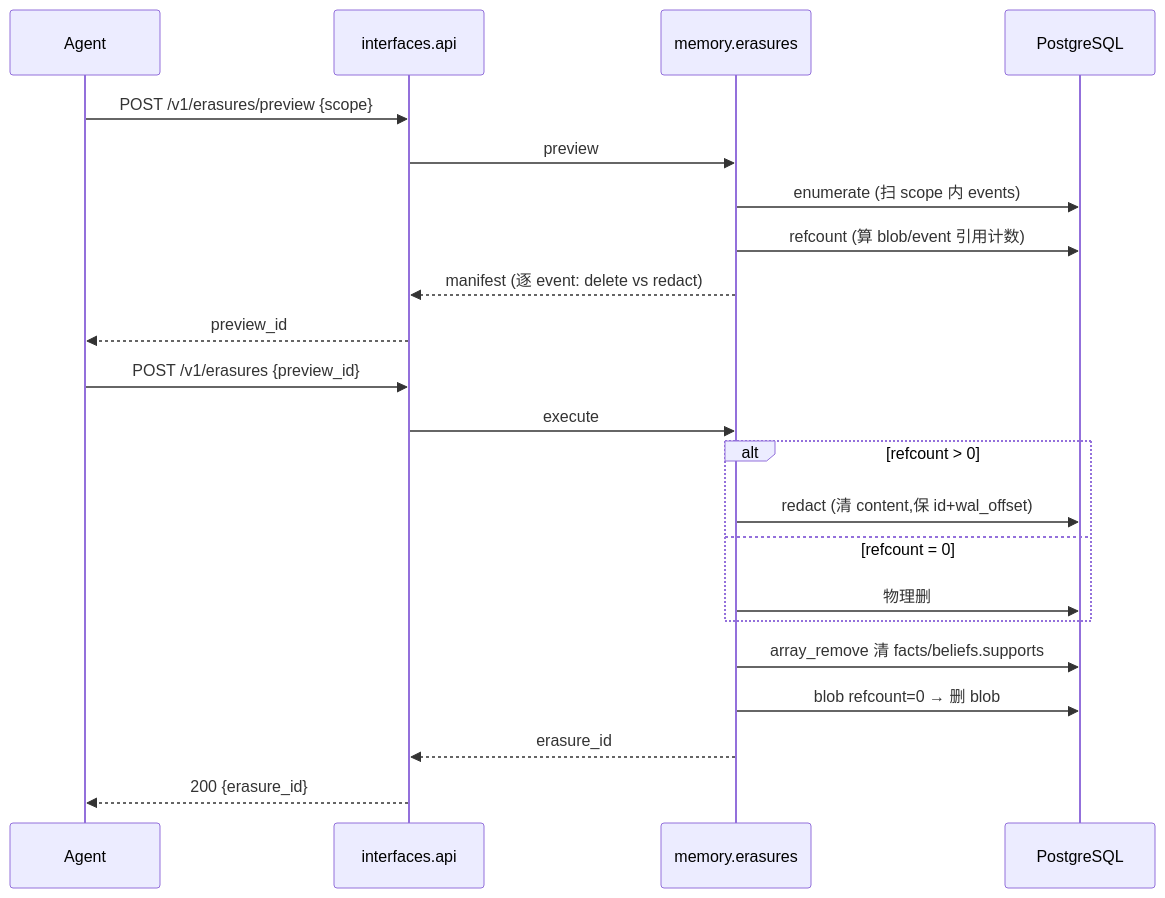
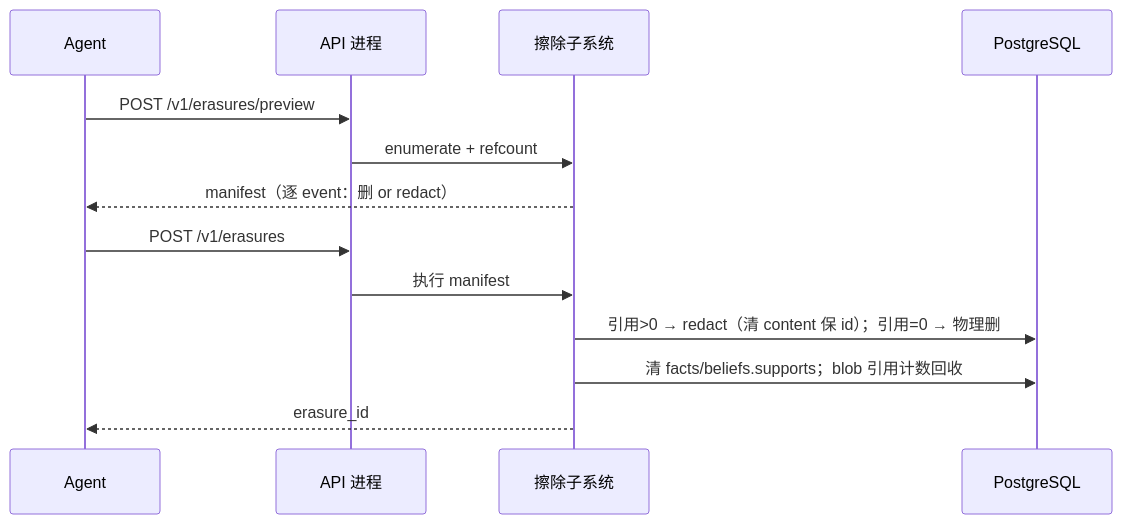
The ninth of 9 diagrams in source/chapters/23-architecture-diagrams.md (pty819/cortex-py-book), drawn with Mermaid before and after one commit. The commit also changed other lines of this file, not shown here.

First line of the commit message:
docs(ch23): 按 Kruchten 1995 标准 4+1 重写架构视图章

````diff
--- a/source/chapters/23-architecture-diagrams.md
+++ b/source/chapters/23-architecture-diagrams.md
@@ -541,26 +464,15 @@
 ```{mermaid}
 sequenceDiagram
     participant A as Agent
-    participant API as interfaces.api
-    participant ERASE as memory.erasures
+    participant API as API 进程
+    participant ER as 擦除子系统
     participant DB as PostgreSQL
-
-    A->>API: POST /v1/erasures/preview {scope}
-    API->>ERASE: preview
-    ERASE->>DB: enumerate (扫 scope 内 events)
-    ERASE->>DB: refcount (算 blob/event 引用计数)
-    ERASE-->>API: manifest (逐 event: delete vs redact)
-    API-->>A: preview_id
-
-    A->>API: POST /v1/erasures {preview_id}
-    API->>ERASE: execute
-    alt refcount > 0
-        ERASE->>DB: redact (清 content,保 id+wal_offset)
-    else refcount = 0
-        ERASE->>DB: 物理删
-    end
-    ERASE->>DB: array_remove 清 facts/beliefs.supports
-    ERASE->>DB: blob refcount=0 → 删 blob
-    ERASE-->>API: erasure_id
-    API-->>A: 200 {erasure_id}
+    A->>API: POST /v1/erasures/preview
+    API->>ER: enumerate + refcount
+    ER-->>A: manifest（逐 event：删 or redact）
+    A->>API: POST /v1/erasures
+    API->>ER: 执行 manifest
+    ER->>DB: 引用>0 → redact（清 content 保 id）；引用=0 → 物理删
+    ER->>DB: 清 facts/beliefs.supports；blob 引用计数回收
+    ER-->>A: erasure_id
 ```
````
